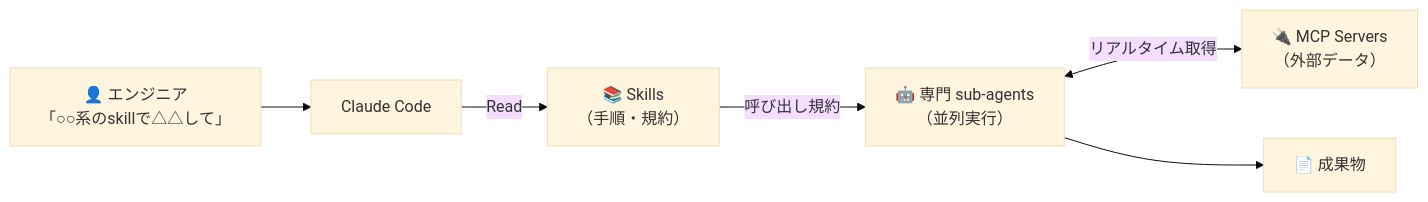
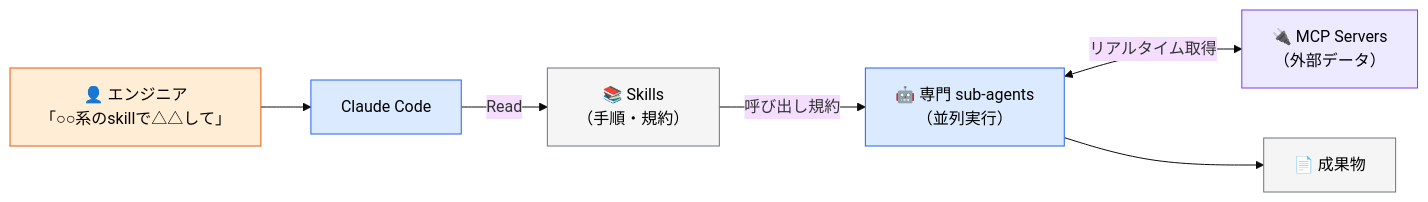
The fifth of 48 diagrams in AI駆動開発.md (takuma39/ai), drawn with Mermaid (base theme) before and after one commit. The commit also changed other lines of this file, not shown here.

````diff
--- a/AI駆動開発.md
+++ b/AI駆動開発.md
@@ -173,15 +199,22 @@
 ```mermaid
 flowchart LR
     H["👤 エンジニア<br/>「○○系のskillで△△して」"]
     CC["Claude Code"]
     SK["📚 Skills<br/>（手順・規約）"]
     SA["🤖 専門 sub-agents<br/>（並列実行）"]
     MCP["🔌 MCP Servers<br/>（外部データ）"]
     OUT["📄 成果物"]
 
     H --> CC
     CC -->|Read| SK
     SK -->|呼び出し規約| SA
     SA <-->|リアルタイム取得| MCP
     SA --> OUT
+
+    style H fill:#ffedd5,stroke:#ea580c,color:#000
+    style CC fill:#dbeafe,stroke:#2563eb,color:#000
+    style SK fill:#f5f5f5,stroke:#6c757d,color:#000
+    style SA fill:#dbeafe,stroke:#2563eb,color:#000
+    style MCP fill:#ede9fe,stroke:#7c3aed,color:#000
+    style OUT fill:#f5f5f5,stroke:#6c757d,color:#000
 ```
````
